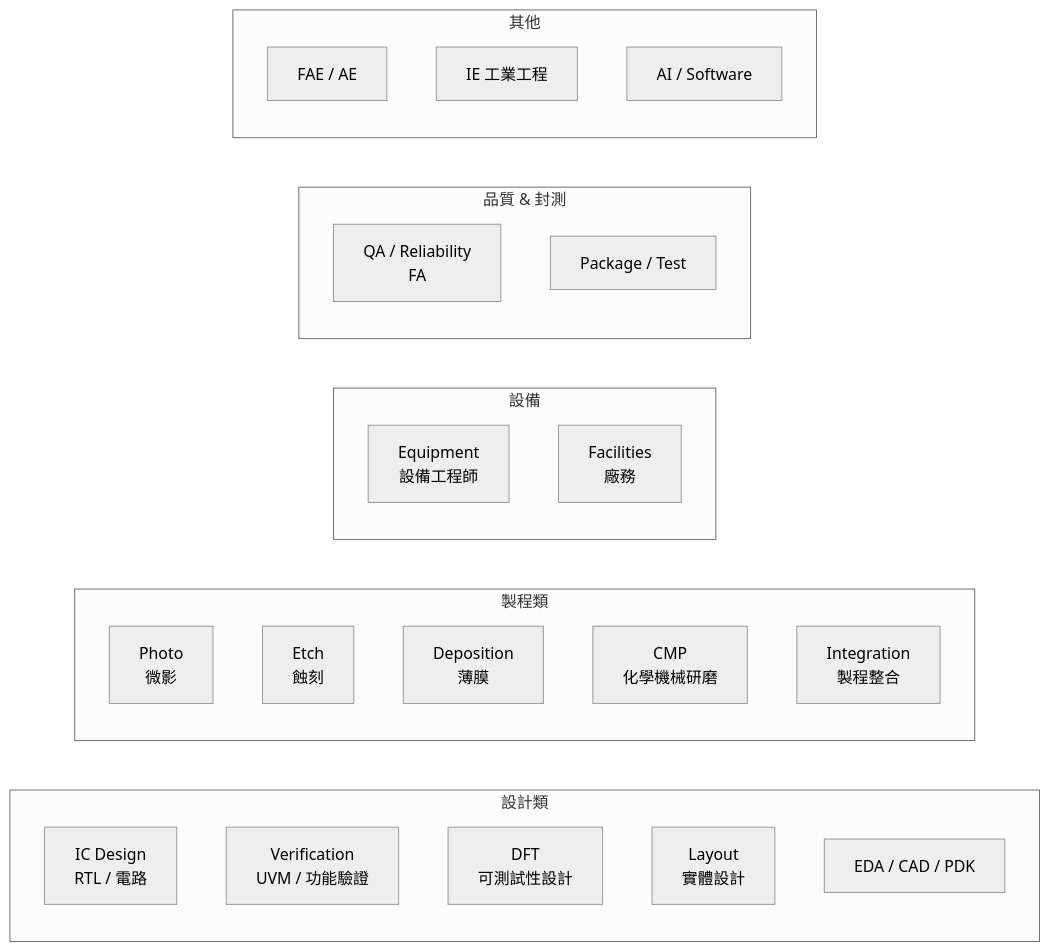
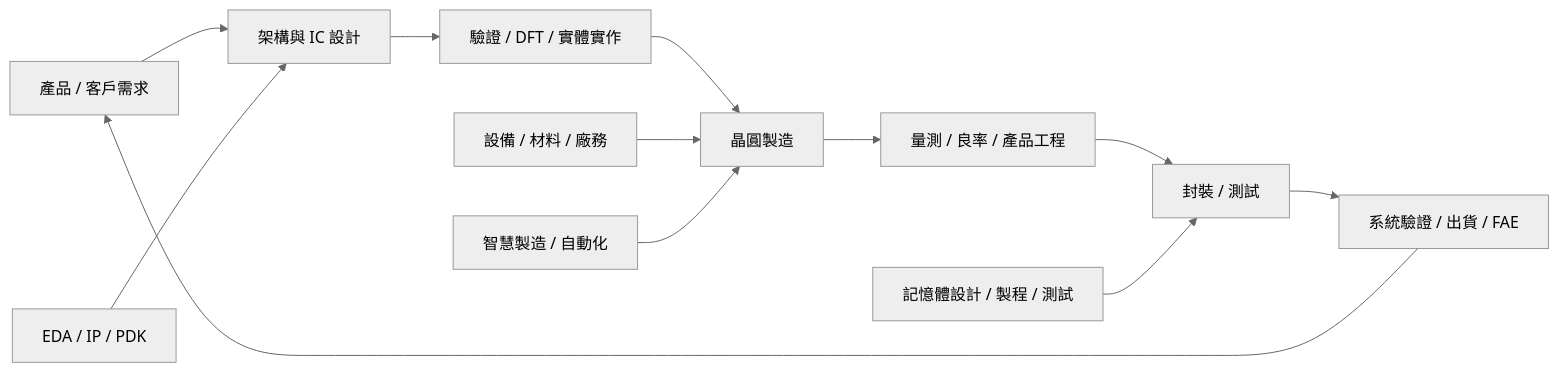
One commit to wizardhsiehcom/book changed the diagram in docs/semi-jobs/00-map.md. Above: the diagram before and after it, drawn with Mermaid (neutral theme). The commit also changed other lines of this file and 31 other files, not shown here.

````diff
--- a/docs/semi-jobs/00-map.md
+++ b/docs/semi-jobs/00-map.md
@@ -49,34 +5,14 @@
 ```mermaid
 flowchart LR
-    subgraph "設計類"
-        IC["IC Design<br/>RTL / 電路"]
-        VER["Verification<br/>UVM / 功能驗證"]
-        DFT["DFT<br/>可測試性設計"]
-        LAY["Layout<br/>實體設計"]
-        EDA["EDA / CAD / PDK"]
-    end
-
-    subgraph "製程類"
-        PHO["Photo<br/>微影"]
-        ETC["Etch<br/>蝕刻"]
-        DEP["Deposition<br/>薄膜"]
-        CMP["CMP<br/>化學機械研磨"]
-        INT["Integration<br/>製程整合"]
-    end
-
-    subgraph "設備"
-        EQP["Equipment<br/>設備工程師"]
-        FAC["Facilities<br/>廠務"]
-    end
-
-    subgraph "品質 & 封測"
-        QA["QA / Reliability<br/>FA"]
-        PKG2["Package / Test"]
-    end
-
-    subgraph "其他"
-        FAE2["FAE / AE"]
-        IE["IE 工業工程"]
-        AI["AI / Software"]
-    end
+    REQ["產品 / 客戶需求"] --> ARCH["架構與 IC 設計"]
+    ARCH --> DV["驗證 / DFT / 實體實作"]
+    DV --> FAB["晶圓製造"]
+    FAB --> YIELD["量測 / 良率 / 產品工程"]
+    YIELD --> PKG["封裝 / 測試"]
+    PKG --> SHIP["系統驗證 / 出貨 / FAE"]
+    EDA["EDA / IP / PDK"] --> ARCH
+    TOOL["設備 / 材料 / 廠務"] --> FAB
+    AUTO["智慧製造 / 自動化"] --> FAB
+    MEMORY["記憶體設計 / 製程 / 測試"] --> PKG
+    SHIP --> REQ
 ```
````
